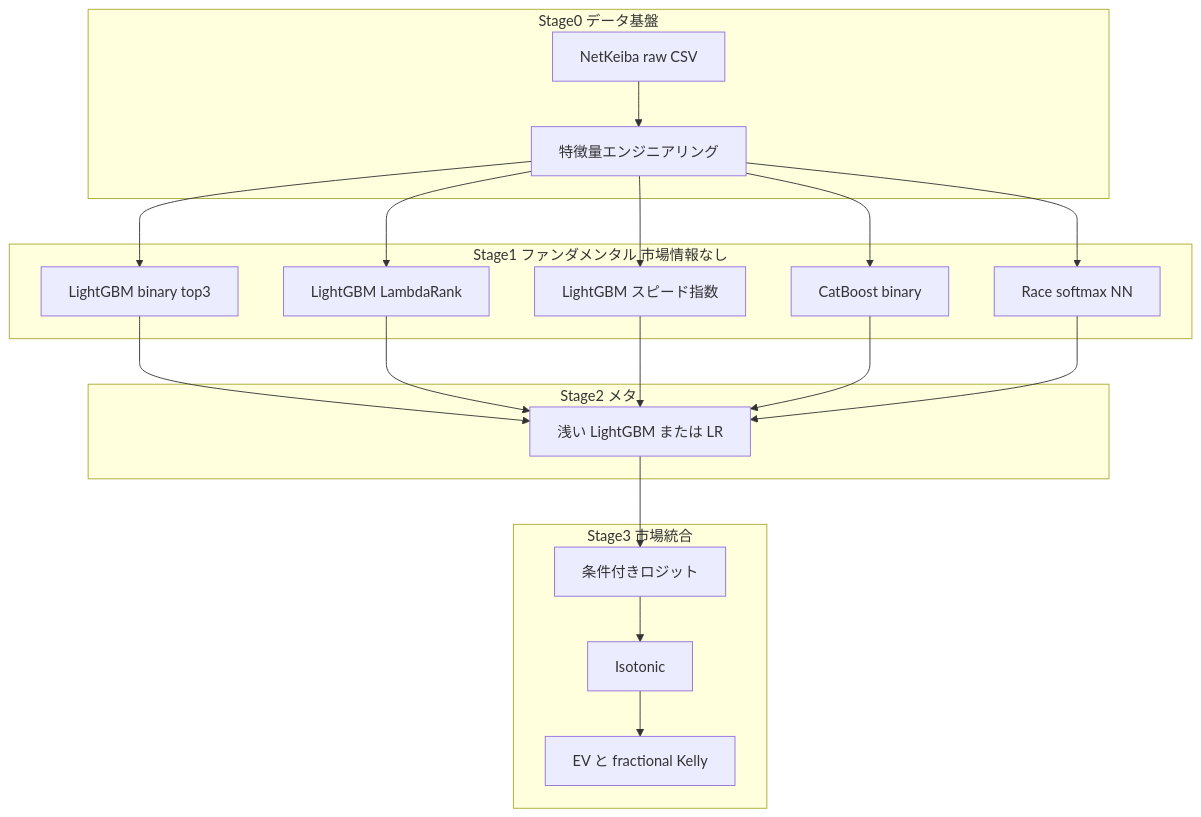
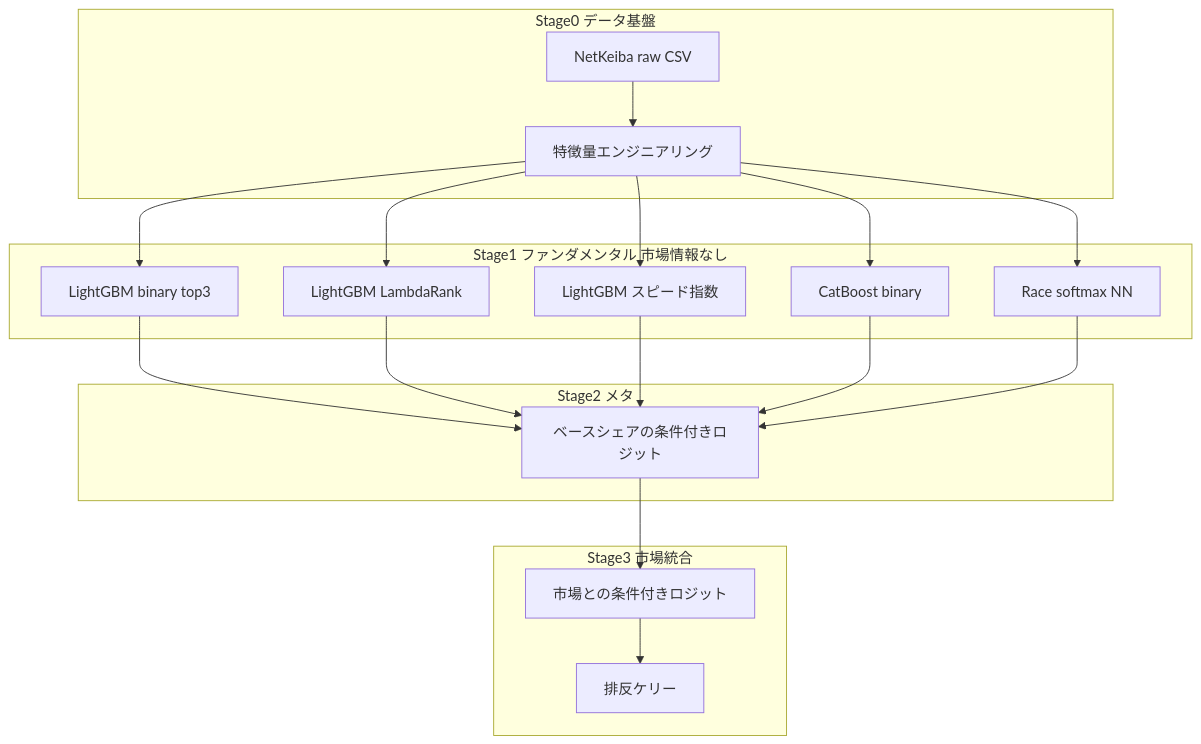
Before and after one commit to yattinda/keiba-predict: the diagram in README.md, drawn with Mermaid. The commit also changed other lines of this file and 1 other file, not shown here.

````diff
--- a/README.md
+++ b/README.md
@@ -21,30 +21,29 @@
 ```mermaid
 flowchart TB
     subgraph s0 [Stage0 データ基盤]
         RAW[NetKeiba raw CSV]
         FE[特徴量エンジニアリング]
         RAW --> FE
     end
 
     subgraph s1 [Stage1 ファンダメンタル 市場情報なし]
         A[LightGBM binary top3]
         B[LightGBM LambdaRank]
         C[LightGBM スピード指数]
         D[CatBoost binary]
         E[Race softmax NN]
     end
 
     subgraph s2 [Stage2 メタ]
-        M[浅い LightGBM または LR]
+        M[ベースシェアの条件付きロジット]
     end
 
     subgraph s3 [Stage3 市場統合]
-        CL[条件付きロジット]
-        CAL[Isotonic]
-        BET[EV と fractional Kelly]
+        CL[市場との条件付きロジット]
+        BET[排反ケリー]
     end
 
     FE --> A & B & C & D & E
     A & B & C & D & E --> M
-    M --> CL --> CAL --> BET
+    M --> CL --> BET
 ```
````
